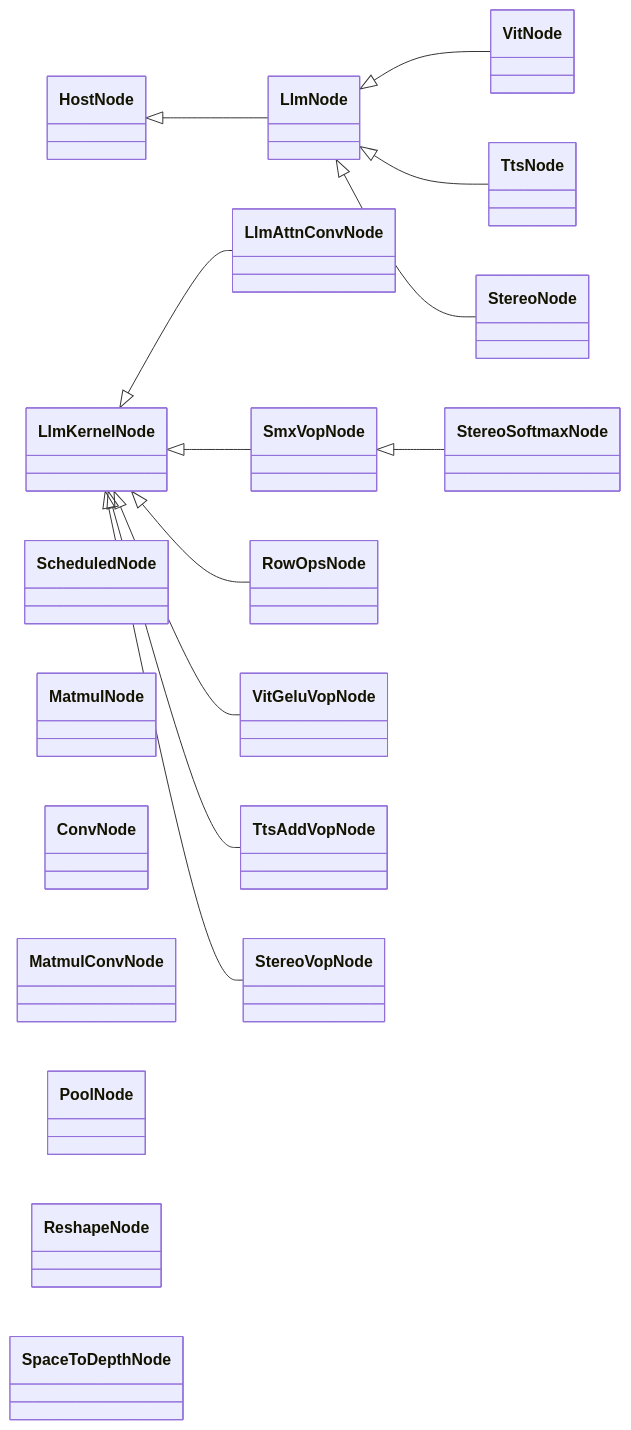
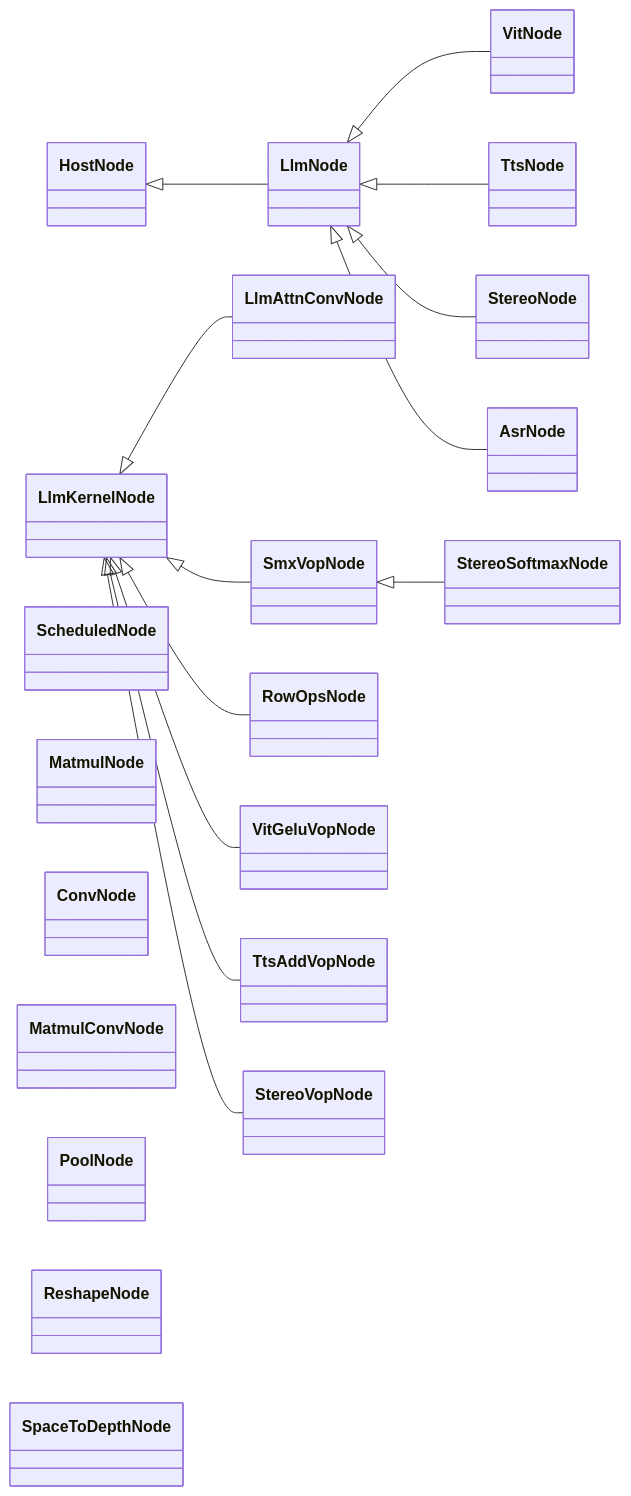
Before and after one commit to phoenix367/cormorant: the second of 9 diagrams in inference-scheduler/doc/ARCHITECTURE.md, drawn with Mermaid. The commit also changed other lines of this file and 77 other files, not shown here.

````diff
--- a/inference-scheduler/doc/ARCHITECTURE.md
+++ b/inference-scheduler/doc/ARCHITECTURE.md
@@ -566,22 +573,23 @@
 ```mermaid
 classDiagram
     direction LR
     HostNode <|-- LlmNode
     LlmNode <|-- VitNode
     LlmNode <|-- TtsNode
     LlmNode <|-- StereoNode
+    LlmNode <|-- AsrNode
     LlmKernelNode <|-- LlmAttnConvNode
     LlmKernelNode <|-- SmxVopNode
     SmxVopNode <|-- StereoSoftmaxNode
     LlmKernelNode <|-- RowOpsNode
     LlmKernelNode <|-- VitGeluVopNode
     LlmKernelNode <|-- TtsAddVopNode
     LlmKernelNode <|-- StereoVopNode
     class ScheduledNode
     class MatmulNode
     class ConvNode
     class MatmulConvNode
     class PoolNode
     class ReshapeNode
     class SpaceToDepthNode
 ```
````
